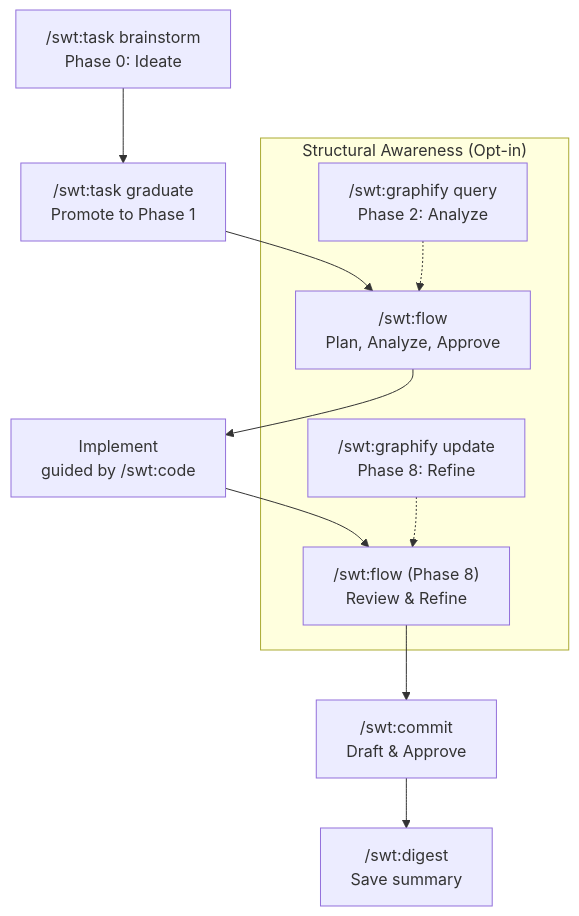
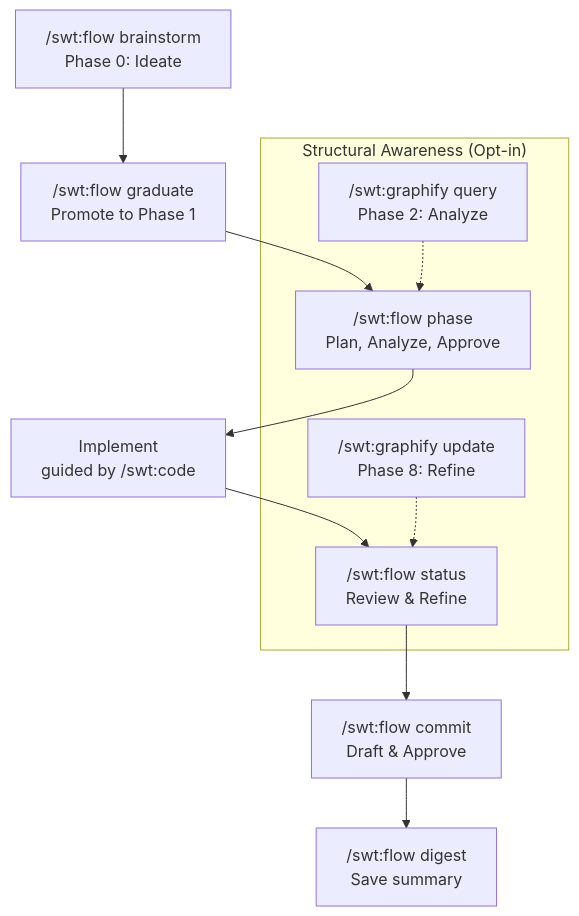
The diagram in SKILLS.md (smashweaver/simple-workflow-toolkit), drawn with Mermaid before and after one commit. The commit also changed other lines of this file and 3 other files, not shown here.

First line of the commit message:
feat(orchestrator): implement swt:flow as centralized facade

````diff
--- a/SKILLS.md
+++ b/SKILLS.md
@@ -45,14 +45,14 @@
 ```mermaid
 flowchart TD
-    A["/swt:task brainstorm\nPhase 0: Ideate"] --> B["/swt:task graduate\nPromote to Phase 1"]
-    B --> C["/swt:flow\nPlan, Analyze, Approve"]
+    A["/swt:flow brainstorm\nPhase 0: Ideate"] --> B["/swt:flow graduate\nPromote to Phase 1"]
+    B --> C["/swt:flow phase\nPlan, Analyze, Approve"]
     C --> D["Implement\nguided by /swt:code"]
-    D --> E["/swt:flow (Phase 8)\nReview & Refine"]
-    E --> F["/swt:commit\nDraft & Approve"]
-    F --> G["/swt:digest\nSave summary"]
+    D --> E["/swt:flow status\nReview & Refine"]
+    E --> F["/swt:flow commit\nDraft & Approve"]
+    F --> G["/swt:flow digest\nSave summary"]
     
     subgraph "Structural Awareness (Opt-in)"
     H["/swt:graphify query\nPhase 2: Analyze"] -.-> C
     I["/swt:graphify update\nPhase 8: Refine"] -.-> E
     end
 ```
````
